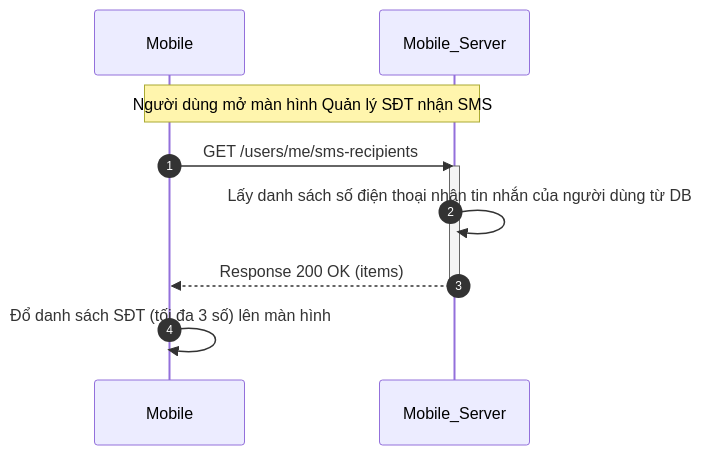
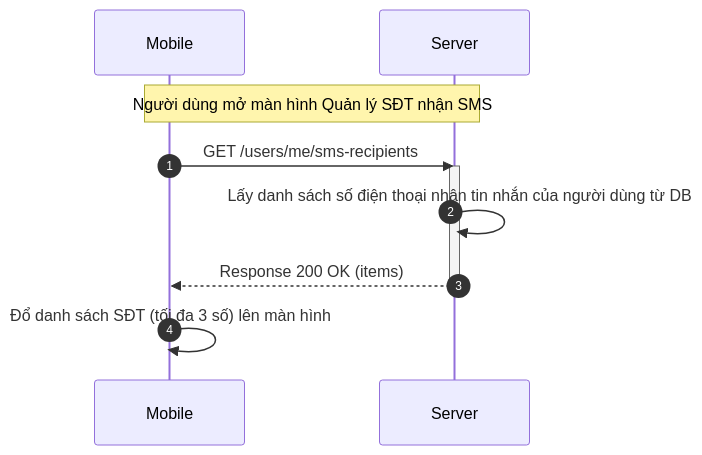
One commit to trungnguyenthien/Wildlife-Warning-and-Deterrence-System changed diagram 15 of 18 in docs/04-sequence-diagram.md. Above: the diagram before and after it, drawn with Mermaid. The commit also changed other lines of this file, not shown here.

Commit message:
docs: update sequence diagram to reflect latest system workflow changes

````diff
--- a/docs/04-sequence-diagram.md
+++ b/docs/04-sequence-diagram.md
@@ -618,14 +618,14 @@
 ```mermaid
 sequenceDiagram
     autonumber
     participant Mobile as Mobile
-    participant Mobile_Server as Mobile_Server
+    participant Server as Server
 
-    Note over Mobile, Mobile_Server: Người dùng mở màn hình Quản lý SĐT nhận SMS
-    Mobile->>Mobile_Server: GET /users/me/sms-recipients
-    activate Mobile_Server
-    Mobile_Server->>Mobile_Server: Lấy danh sách số điện thoại nhận tin nhắn của người dùng từ DB
-    Mobile_Server-->>Mobile: Response 200 OK (items)
-    deactivate Mobile_Server
+    Note over Mobile, Server: Người dùng mở màn hình Quản lý SĐT nhận SMS
+    Mobile->>Server: GET /users/me/sms-recipients
+    activate Server
+    Server->>Server: Lấy danh sách số điện thoại nhận tin nhắn của người dùng từ DB
+    Server-->>Mobile: Response 200 OK (items)
+    deactivate Server
     Mobile->>Mobile: Đổ danh sách SĐT (tối đa 3 số) lên màn hình
 ```
````
